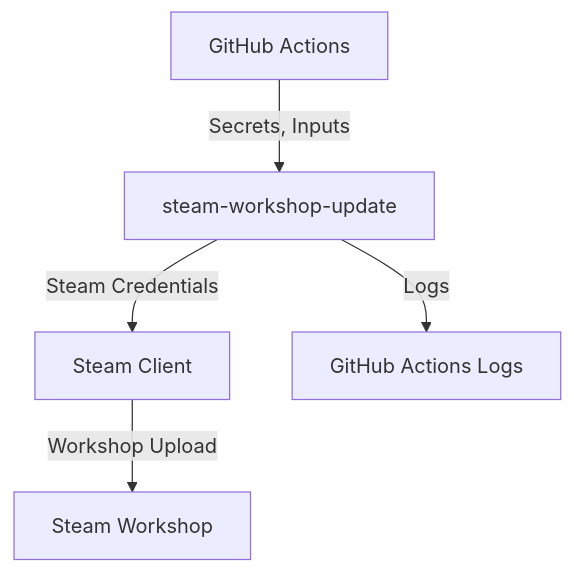
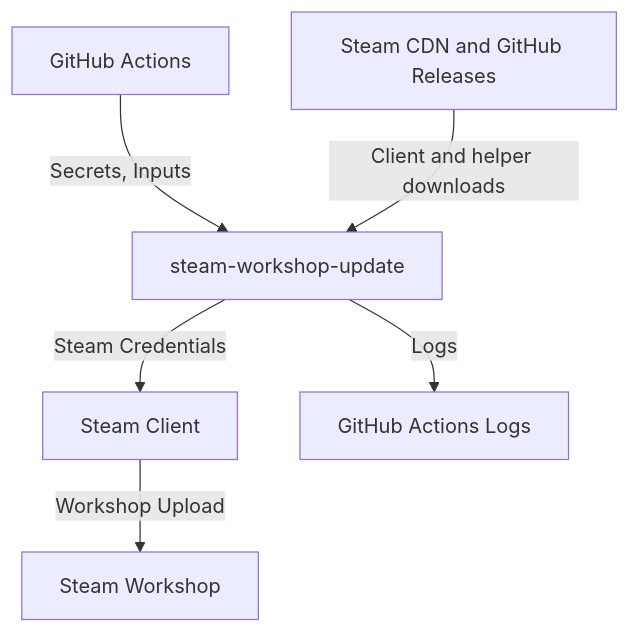
The first of 3 diagrams in ARCHITECTURE.md (hmlendea/steam-workshop-update), drawn with Mermaid before and after one commit. The commit also changed other lines of this file and 38 other files, not shown here.

````diff
--- a/ARCHITECTURE.md
+++ b/ARCHITECTURE.md
@@ -30,7 +31,8 @@
 ```mermaid
   graph TD
     A[GitHub Actions] -->|Secrets, Inputs| B[steam-workshop-update]
+    F[Steam CDN and GitHub Releases] -->|Client and helper downloads| B
     B -->|Steam Credentials| C[Steam Client]
     C -->|Workshop Upload| D[Steam Workshop]
     B -->|Logs| E[GitHub Actions Logs]
 ```
````
